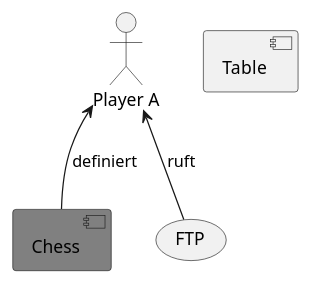
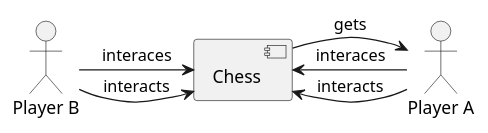
Before and after one commit to marcozwyssig/cleon: the diagram in src/cleonproject.deliverables.architecture.model.architecture/src/cleon.architecturemethods.arc42.sample/img/Fachlicher_Kontext_Diagramm.puml, drawn with PlantUML. The commit also changed 290 other files, not shown here.

```diff
--- a/src/cleonproject.deliverables.architecture.model.architecture/src/cleon.architecturemethods.arc42.sample/img/Fachlicher_Kontext_Diagramm.puml
+++ b/src/cleonproject.deliverables.architecture.model.architecture/src/cleon.architecturemethods.arc42.sample/img/Fachlicher_Kontext_Diagramm.puml
@@ -1,10 +1,12 @@
 @startuml
 skinparam monochrome true
 skinparam componentStyle uml2
-component "Chess" #grey
-actor "Player A"
-component "Table"
-(Player A) <-- (Chess) : definiert
-(Player A) <-- (FTP) : ruft
-
+actor Player_A as "Player A"
+actor Player_B as "Player B"
+component Chess as "Chess"
+Chess -> Player_A : gets
+Player_A -> Chess : interacts
+Player_A -> Chess : interaces
+Player_B -> Chess : interacts
+Player_B -> Chess : interaces
 @enduml
```
